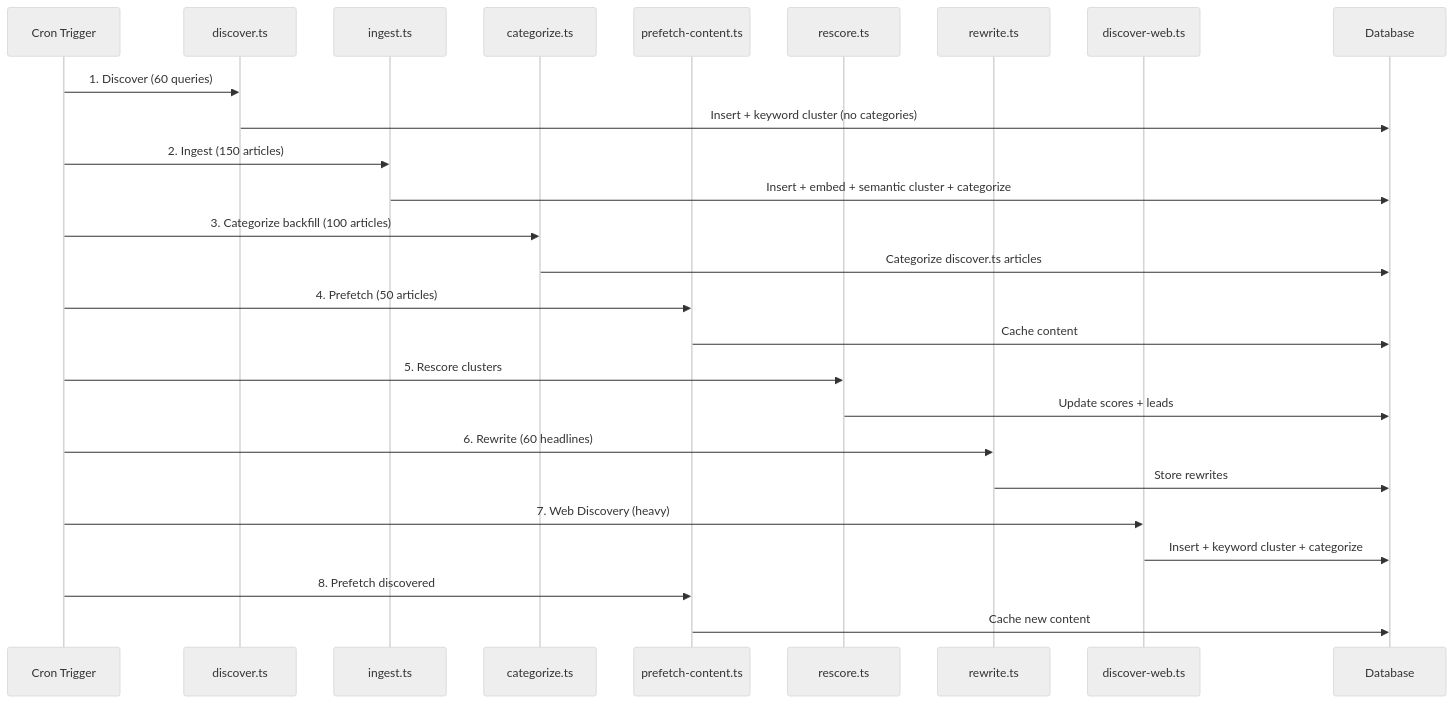
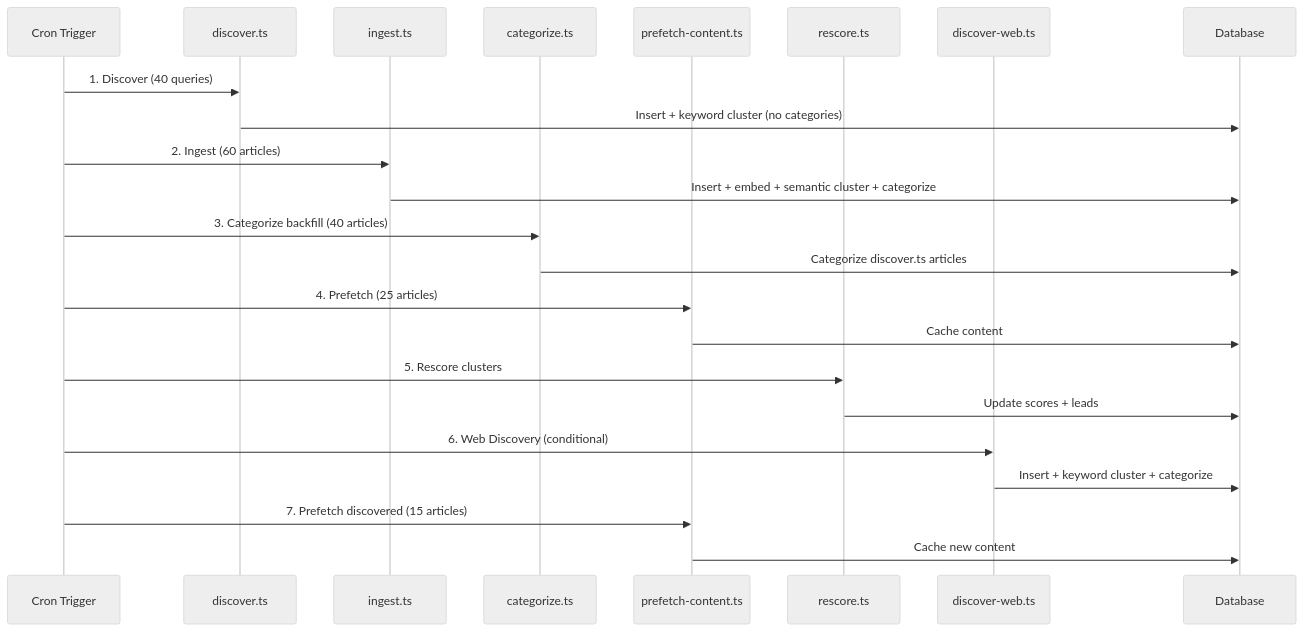
The third of 9 diagrams in README.md (dwahbe/climate-river), drawn with Mermaid (neutral theme) before and after one commit. The commit also changed other lines of this file, not shown here.

````diff
--- a/README.md
+++ b/README.md
@@ -115,36 +124,32 @@
 ```mermaid
 sequenceDiagram
     participant C as Cron Trigger
     participant D as discover.ts
     participant I as ingest.ts
     participant CA as categorize.ts
     participant P as prefetch-content.ts
     participant R as rescore.ts
-    participant RW as rewrite.ts
     participant W as discover-web.ts
     participant DB as Database
 
-    C->>D: 1. Discover (60 queries)
+    C->>D: 1. Discover (40 queries)
     D->>DB: Insert + keyword cluster (no categories)
 
-    C->>I: 2. Ingest (150 articles)
+    C->>I: 2. Ingest (60 articles)
     I->>DB: Insert + embed + semantic cluster + categorize
 
-    C->>CA: 3. Categorize backfill (100 articles)
+    C->>CA: 3. Categorize backfill (40 articles)
     CA->>DB: Categorize discover.ts articles
 
-    C->>P: 4. Prefetch (50 articles)
+    C->>P: 4. Prefetch (25 articles)
     P->>DB: Cache content
 
     C->>R: 5. Rescore clusters
     R->>DB: Update scores + leads
 
-    C->>RW: 6. Rewrite (60 headlines)
-    RW->>DB: Store rewrites
-
-    C->>W: 7. Web Discovery (heavy)
+    C->>W: 6. Web Discovery (conditional)
     W->>DB: Insert + keyword cluster + categorize
 
-    C->>P: 8. Prefetch discovered
+    C->>P: 7. Prefetch discovered (15 articles)
     P->>DB: Cache new content
 ```
````
